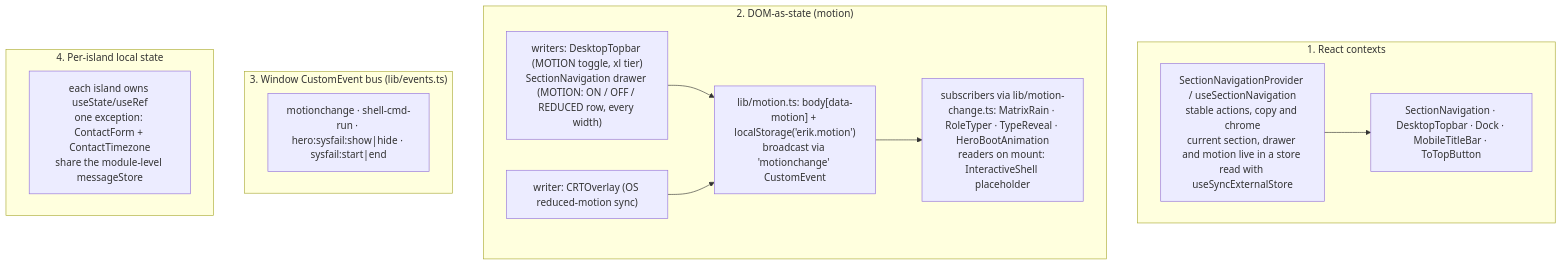
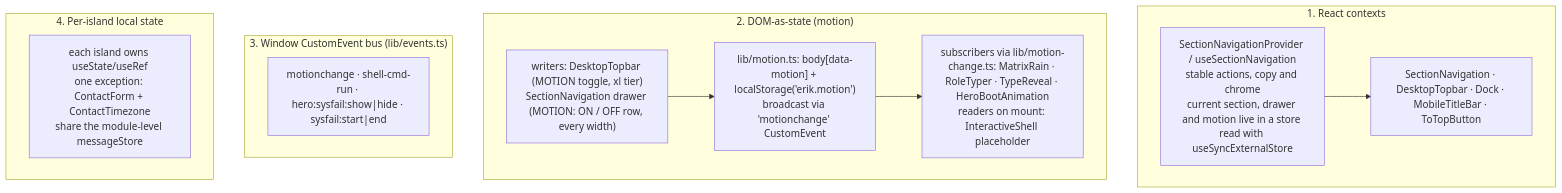
Before and after one commit to erikunha/portfolio: the second of 2 diagrams in docs/04-components-and-state.md, drawn with Mermaid. The commit also changed other lines of this file and 72 other files, not shown here.

````diff
--- a/docs/04-components-and-state.md
+++ b/docs/04-components-and-state.md
@@ -109,19 +109,18 @@
 ```mermaid
 flowchart TD
     subgraph ctx["1. React contexts"]
         navigation["SectionNavigationProvider / useSectionNavigation<br/>stable actions, copy and chrome<br/>current section, drawer and motion live in a store read with useSyncExternalStore"]
         navigation --> consumers["SectionNavigation · DesktopTopbar · Dock · MobileTitleBar · ToTopButton"]
     end
     subgraph dom["2. DOM-as-state (motion)"]
         motion["lib/motion.ts: body[data-motion] + localStorage('erik.motion')<br/>broadcast via 'motionchange' CustomEvent"]
-        w1["writers: DesktopTopbar (MOTION toggle, xl tier)<br/>SectionNavigation drawer (MOTION: ON / OFF / REDUCED row, every width)"] --> motion
-        w2["writer: CRTOverlay (OS reduced-motion sync)"] --> motion
+        w1["writers: DesktopTopbar (MOTION toggle, xl tier)<br/>SectionNavigation drawer (MOTION: ON / OFF row, every width)"] --> motion
         motion --> r1["subscribers via lib/motion-change.ts: MatrixRain · RoleTyper · TypeReveal · HeroBootAnimation<br/>readers on mount: InteractiveShell placeholder"]
     end
     subgraph bus["3. Window CustomEvent bus (lib/events.ts)"]
         ev["motionchange · shell-cmd-run · hero:sysfail:show|hide · sysfail:start|end"]
     end
     subgraph local["4. Per-island local state"]
         li["each island owns useState/useRef<br/>one exception: ContactForm + ContactTimezone<br/>share the module-level messageStore"]
     end
 ```
````
